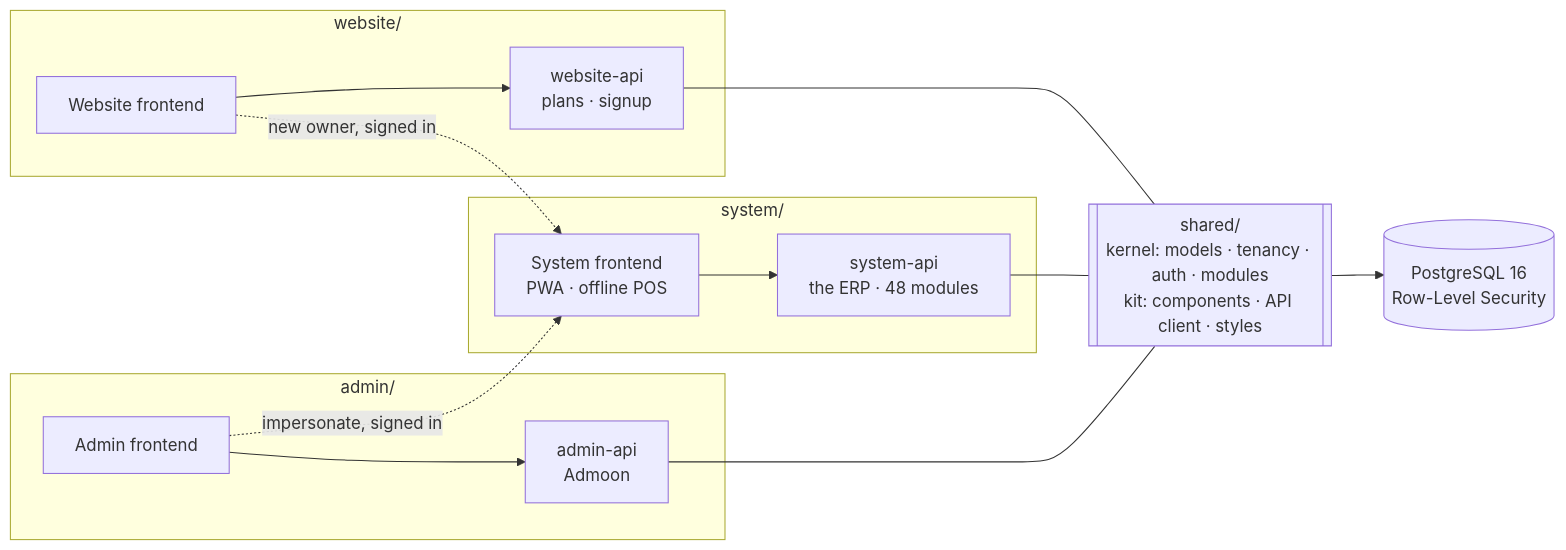
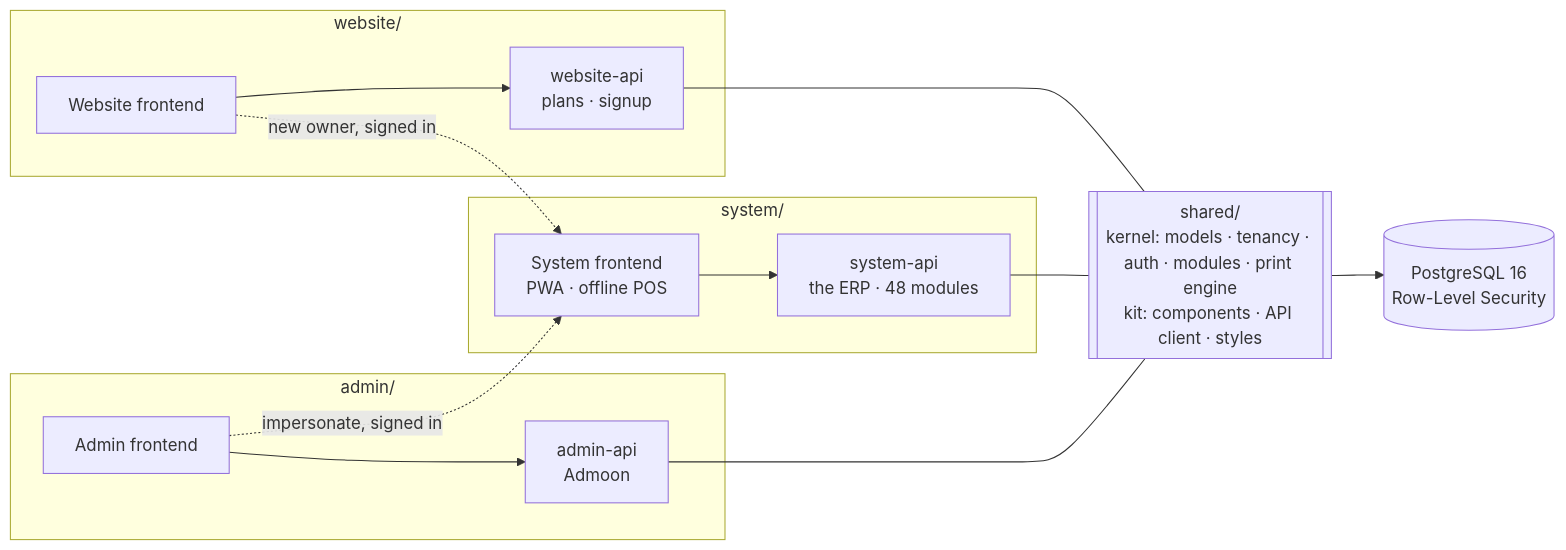
One commit to Mizan-corp/Mizan changed the diagram in README.md. Above: the diagram before and after it, drawn with Mermaid. The commit also changed other lines of this file, not shown here.

````diff
--- a/README.md
+++ b/README.md
@@ -120,17 +121,17 @@
 ```mermaid
 flowchart LR
     subgraph website["website/"]
         WF[Website frontend] --> WA[website-api<br/>plans · signup]
     end
     subgraph system["system/"]
         SF[System frontend<br/>PWA · offline POS] --> SA[system-api<br/>the ERP · 48 modules]
     end
     subgraph admin["admin/"]
         AF[Admin frontend] --> AA[admin-api<br/>Admoon]
     end
-    K[["shared/<br/>kernel: models · tenancy · auth · modules<br/>kit: components · API client · styles"]]
+    K[["shared/<br/>kernel: models · tenancy · auth · modules · print engine<br/>kit: components · API client · styles"]]
     WA & SA & AA --- K
     K --> DB[(PostgreSQL 16<br/>Row-Level Security)]
     WF -. "new owner, signed in" .-> SF
     AF -. "impersonate, signed in" .-> SF
 ```
````
